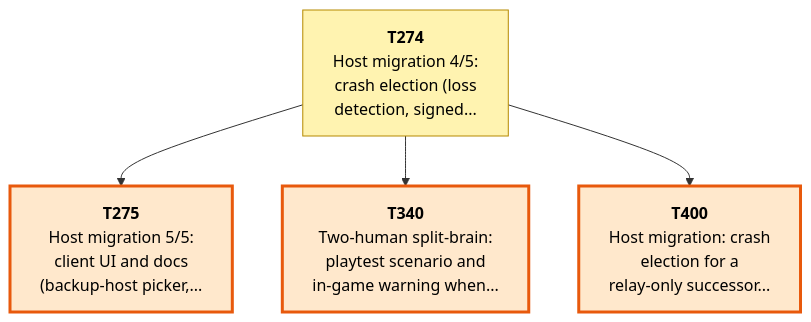
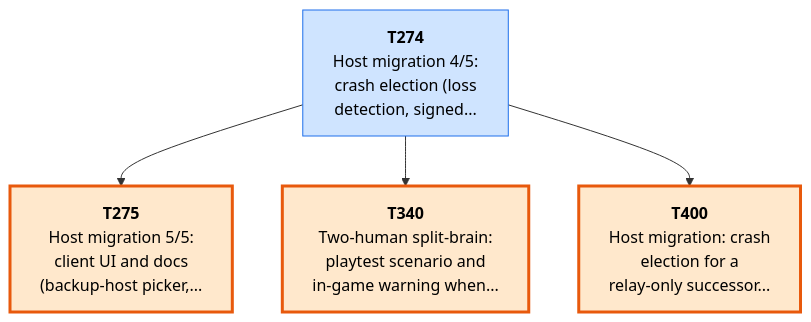
One commit to Kenmura/UncivSharp changed the first of 5 diagrams in csharp/migration/DEPENDENCY_MAP.md. Above: the diagram before and after it, drawn with Mermaid. The commit also changed other lines of this file and 1 other file, not shown here.

Commit message:
migration: implement T274 [Claude]

````diff
--- a/csharp/migration/DEPENDENCY_MAP.md
+++ b/csharp/migration/DEPENDENCY_MAP.md
@@ -55,21 +55,21 @@
 ```mermaid
 flowchart TD
   T274["<b>T274</b><br/>Host migration 4/5:<br/>crash election (loss<br/>detection, signed..."]
   T275["<b>T275</b><br/>Host migration 5/5:<br/>client UI and docs<br/>(backup-host picker,..."]
   T340["<b>T340</b><br/>Two-human split-brain:<br/>playtest scenario and<br/>in-game warning when..."]
   T400["<b>T400</b><br/>Host migration: crash<br/>election for a<br/>relay-only successor..."]
   T274 --> T275
   T274 --> T340
   T274 --> T400
   classDef waiting fill:#f3faf3,stroke:#9bc49b,color:#555,stroke-dasharray:2 2
   classDef ondeck fill:#ffe8cc,stroke:#e8590c,stroke-width:3px,color:#000
   classDef ready fill:#7ee787,stroke:#1a7f37,stroke-width:3px,color:#000
   classDef prog fill:#fff3b0,stroke:#b58900,color:#000
   classDef review fill:#cfe4ff,stroke:#1f6feb,color:#000
   classDef blocked fill:#ffd6d6,stroke:#c62828,color:#000
   classDef done fill:#eeeeee,stroke:#999999,color:#666,stroke-dasharray:4 3
-  class T274 prog
+  class T274 review
   class T275 ondeck
   class T340 ondeck
   class T400 ondeck
 ```
````
